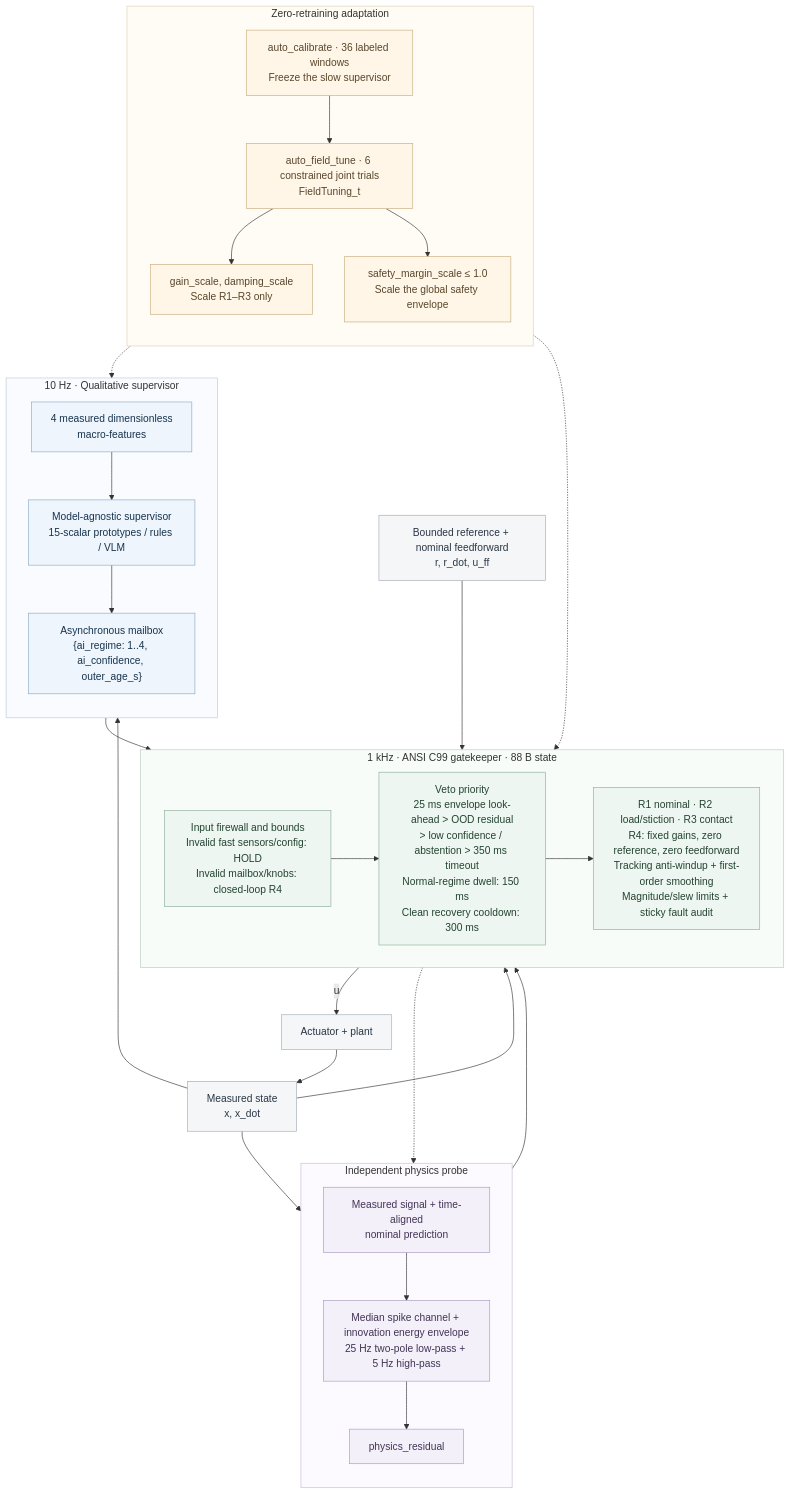
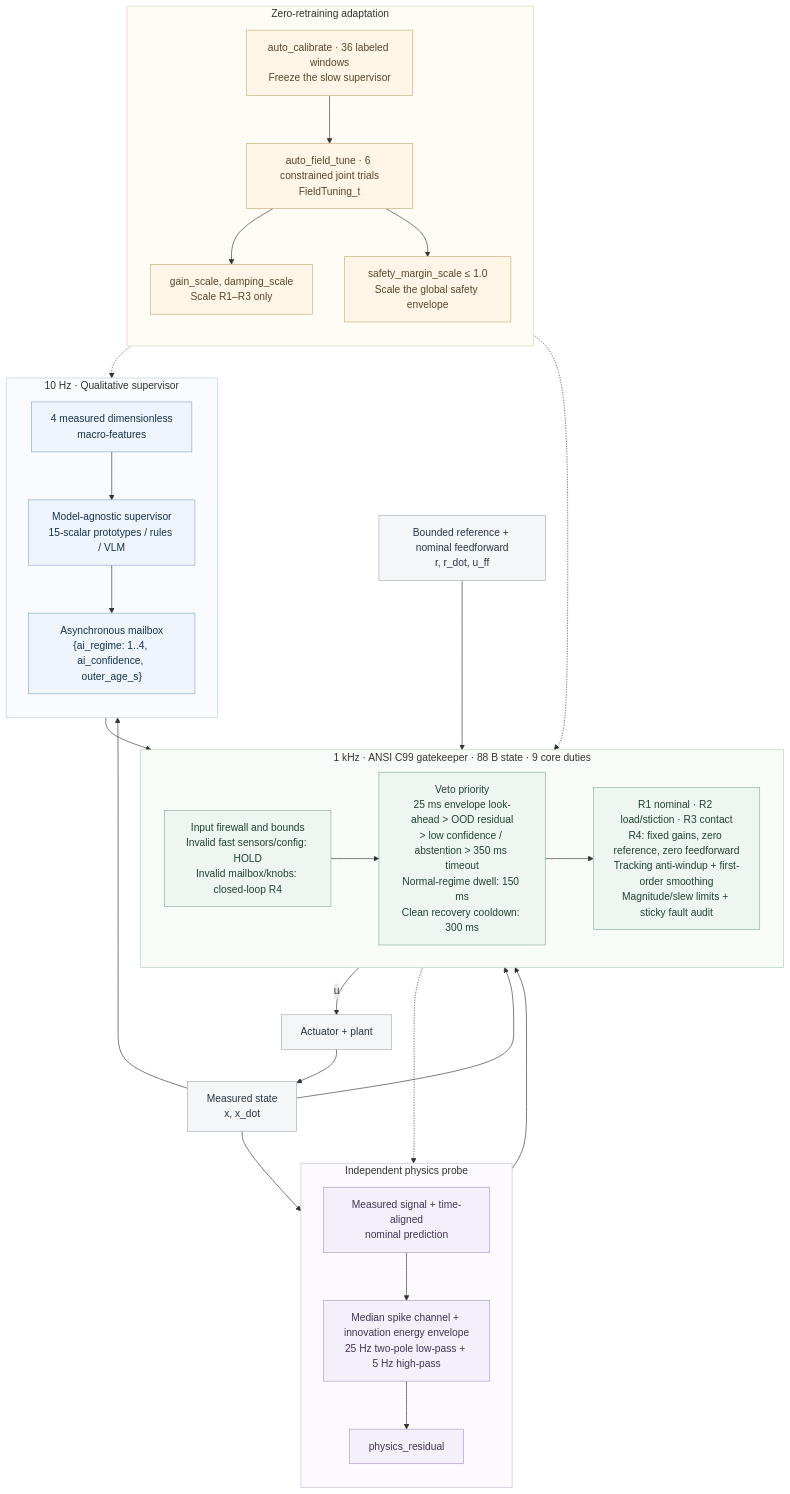
Before and after one commit to lijiawei255/ai-layered-control: the diagram in README.md, drawn with Mermaid. The commit also changed other lines of this file and 1 other file, not shown here.

Commit message:
Present architecture and quickstart before benchmark evidence

````diff
--- a/README.md
+++ b/README.md
@@ -16,62 +22,62 @@
 ```mermaid
 flowchart TB
     subgraph slow["10 Hz · Qualitative supervisor"]
         direction TB
         features["4 measured dimensionless<br/>macro-features"]
         supervisor["Model-agnostic supervisor<br/>15-scalar prototypes / rules / VLM"]
         mailbox["Asynchronous mailbox<br/>{ai_regime: 1..4, ai_confidence, outer_age_s}"]
         features --> supervisor --> mailbox
     end
     subgraph probe["Independent physics probe"]
         direction TB
         innovation["Measured signal + time-aligned<br/>nominal prediction"]
         channels["Median spike channel + innovation energy envelope<br/>25 Hz two-pole low-pass + 5 Hz high-pass"]
         residual["physics_residual"]
         innovation --> channels --> residual
     end
-    subgraph fast["1 kHz · ANSI C99 gatekeeper · 88 B state"]
+    subgraph fast["1 kHz · ANSI C99 gatekeeper · 88 B state · 9 core duties"]
         direction LR
         firewall["Input firewall and bounds<br/>Invalid fast sensors/config: HOLD<br/>Invalid mailbox/knobs: closed-loop R4"]
         gates["Veto priority<br/>25 ms envelope look-ahead > OOD residual<br/>> low confidence / abstention > 350 ms timeout<br/>Normal-regime dwell: 150 ms<br/>Clean recovery cooldown: 300 ms"]
         bank["R1 nominal · R2 load/stiction · R3 contact<br/>R4: fixed gains, zero reference, zero feedforward<br/>Tracking anti-windup + first-order smoothing<br/>Magnitude/slew limits + sticky fault audit"]
         firewall --> gates --> bank
     end
     subgraph adapt["Zero-retraining adaptation"]
         direction TB
         calibrate["auto_calibrate · 36 labeled windows<br/>Freeze the slow supervisor"]
         tune["auto_field_tune · 6 constrained joint trials<br/>FieldTuning_t"]
         gains["gain_scale, damping_scale<br/>Scale R1–R3 only"]
         margin["safety_margin_scale ≤ 1.0<br/>Scale the global safety envelope"]
         calibrate --> tune
         tune --> gains
         tune --> margin
     end
     reference["Bounded reference + nominal feedforward<br/>r, r_dot, u_ff"]
     plant["Actuator + plant"]
     sensor["Measured state<br/>x, x_dot"]
     reference --> fast
     slow --> fast
     probe --> fast
     fast -->|"u"| plant
     plant --> sensor
     sensor --> fast
     sensor --> slow
     sensor --> probe
     fast -.-> probe
     adapt -.-> slow
     adapt -.-> fast
     classDef slowNode fill:#eef5fc,stroke:#8baac7,color:#17334d;
     classDef probeNode fill:#f4f0fa,stroke:#ad98c5,color:#423354;
     classDef coreNode fill:#edf6f0,stroke:#8eaf99,color:#244331;
     classDef adaptNode fill:#fff6e8,stroke:#c7ad7d,color:#58462a;
     classDef ioNode fill:#f5f6f8,stroke:#a4acb7,color:#283644;
     class features,supervisor,mailbox slowNode;
     class innovation,channels,residual probeNode;
     class firewall,gates,bank coreNode;
     class calibrate,tune,gains,margin adaptNode;
     class reference,plant,sensor ioNode;
     style slow fill:#f9fbfe,stroke:#b8cbde
     style probe fill:#fcfaff,stroke:#c9bbda
     style fast fill:#f8fcf9,stroke:#b6cdbd
     style adapt fill:#fffcf6,stroke:#dfcfaf
 ```
````
